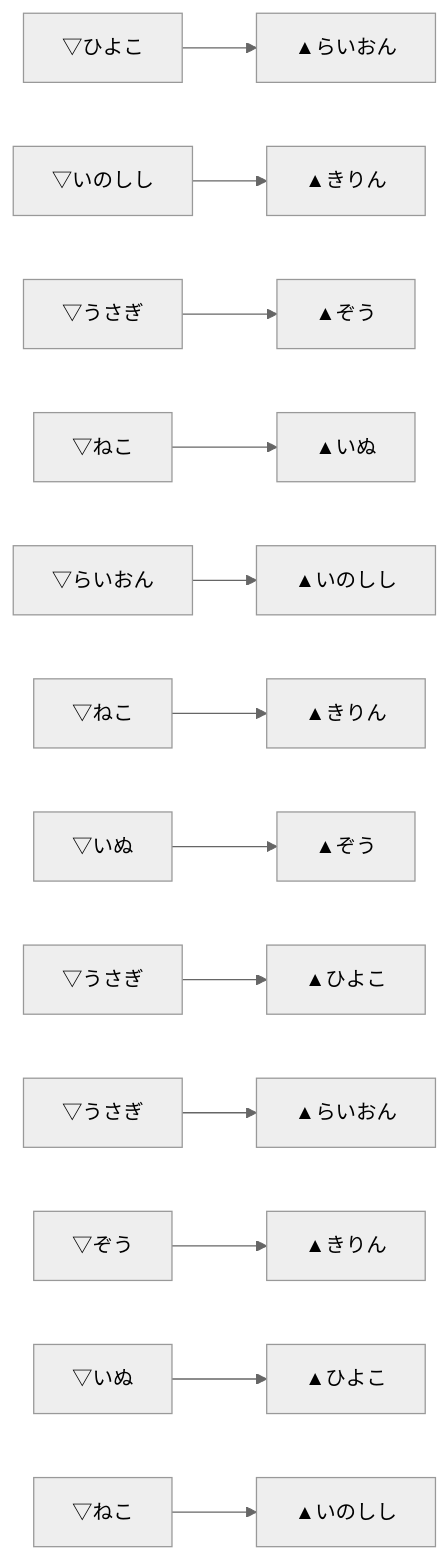
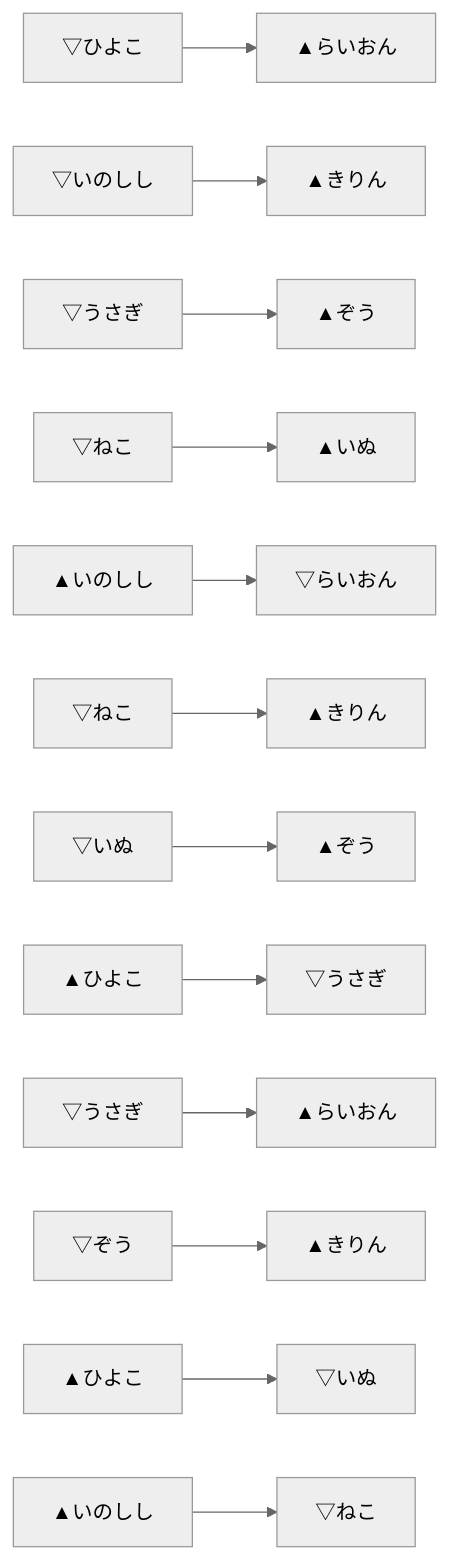
The second of 3 diagrams in docs/むずでょの案/【大会ルール案】格付けグラフ戦_4.md (muzudho/ShogiTournamentSystemAnalyzer), drawn with Mermaid (neutral theme) before and after one commit. The commit also changed other lines of this file and 1 other file, not shown here.

````diff
--- a/docs/むずでょの案/【大会ルール案】格付けグラフ戦_4.md
+++ b/docs/むずでょの案/【大会ルール案】格付けグラフ戦_4.md
@@ -122,17 +122,17 @@
 ```mermaid
 flowchart LR
     h1["▽ひよこ"] --> l1["▲らいおん"]
     b1["▽いのしし"] --> g1["▲きりん"]
     r1["▽うさぎ"] --> e1["▲ぞう"]
     c1["▽ねこ"] --> d1["▲いぬ"]
 
-    l2["▽らいおん"] --> b2["▲いのしし"]
+    b2["▲いのしし"] --> l2["▽らいおん"]
     c2["▽ねこ"] --> g2["▲きりん"]
     d2["▽いぬ"] --> e2["▲ぞう"]
-    r2["▽うさぎ"] --> h2["▲ひよこ"]
+    h2["▲ひよこ"] --> r2["▽うさぎ"]
 
     r3["▽うさぎ"] --> l3["▲らいおん"]
     e3["▽ぞう"] --> g3["▲きりん"]
-    d3["▽いぬ"] --> h3["▲ひよこ"]
-    c3["▽ねこ"] --> b3["▲いのしし"]
+    h3["▲ひよこ"] --> d3["▽いぬ"]
+    b3["▲いのしし"] --> c3["▽ねこ"]
 ```
````
